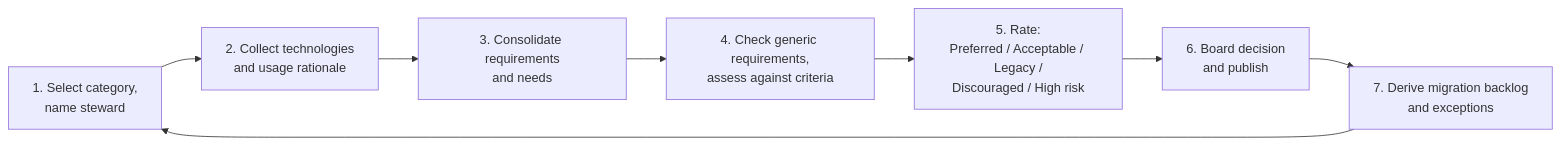
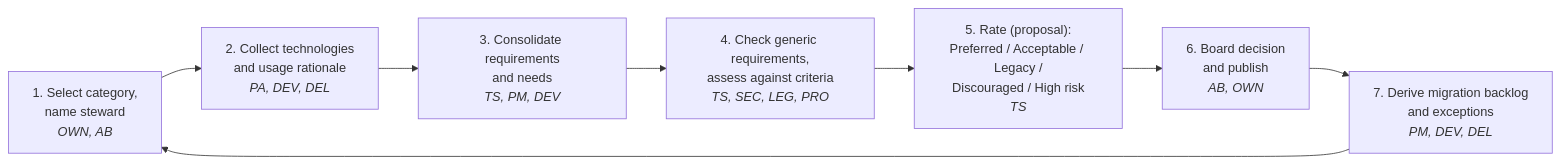
The first of 7 diagrams in docs/Architecture/technology-harmonization.md (Kikkirej/framework), drawn with Mermaid before and after one commit. The commit also changed other lines of this file, not shown here.

First line of the commit message:
📝 technology harmonization: TOGAF 10 sources, roles in flows, RACI

````diff
--- a/docs/Architecture/technology-harmonization.md
+++ b/docs/Architecture/technology-harmonization.md
@@ -150,10 +191,10 @@
 ```mermaid
 flowchart LR
-    A[1. Select category,<br/>name steward] --> B[2. Collect technologies<br/>and usage rationale]
-    B --> C[3. Consolidate requirements<br/>and needs]
-    C --> D[4. Check generic requirements,<br/>assess against criteria]
-    D --> E[5. Rate:<br/>Preferred / Acceptable / Legacy /<br/>Discouraged / High risk]
-    E --> F[6. Board decision<br/>and publish]
-    F --> G[7. Derive migration backlog<br/>and exceptions]
+    A["1. Select category,<br/>name steward<br/><i>OWN, AB</i>"] --> B["2. Collect technologies<br/>and usage rationale<br/><i>PA, DEV, DEL</i>"]
+    B --> C["3. Consolidate requirements<br/>and needs<br/><i>TS, PM, DEV</i>"]
+    C --> D["4. Check generic requirements,<br/>assess against criteria<br/><i>TS, SEC, LEG, PRO</i>"]
+    D --> E["5. Rate (proposal):<br/>Preferred / Acceptable / Legacy /<br/>Discouraged / High risk<br/><i>TS</i>"]
+    E --> F["6. Board decision<br/>and publish<br/><i>AB, OWN</i>"]
+    F --> G["7. Derive migration backlog<br/>and exceptions<br/><i>PM, DEV, DEL</i>"]
     G --> A
 ```
````
